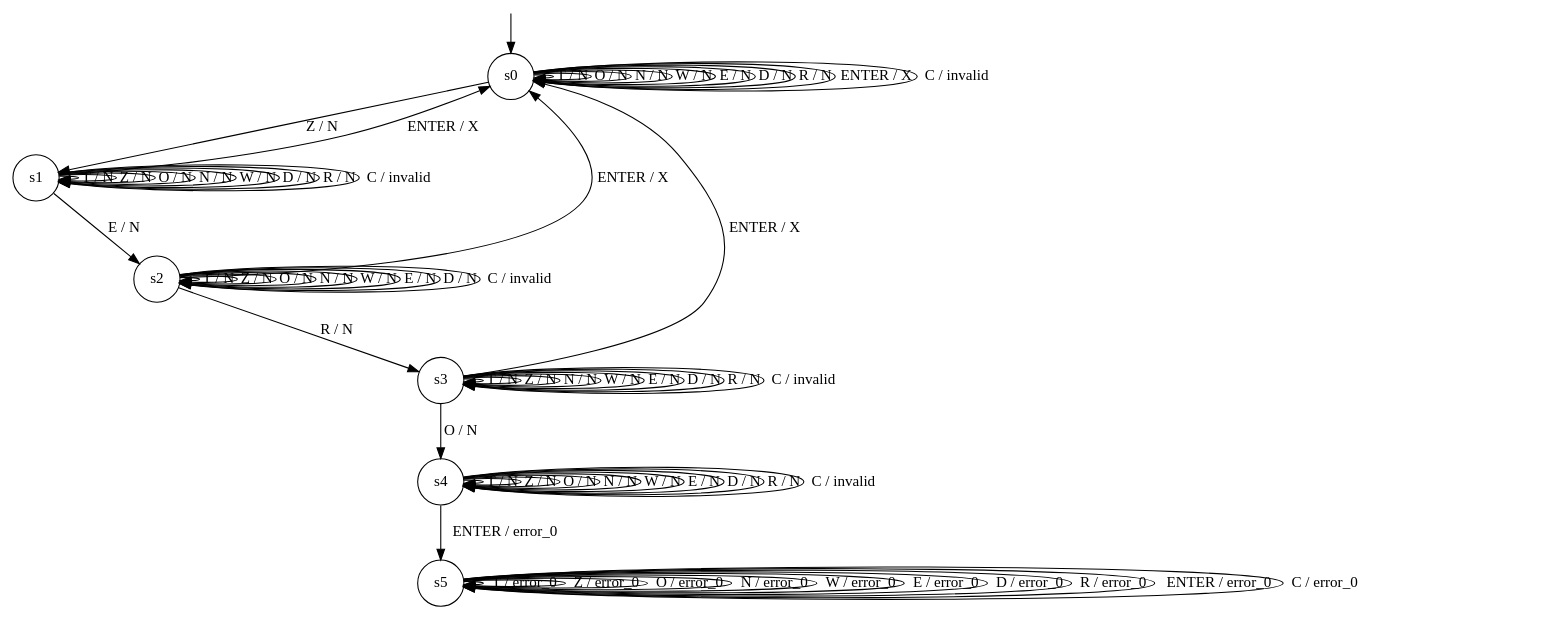
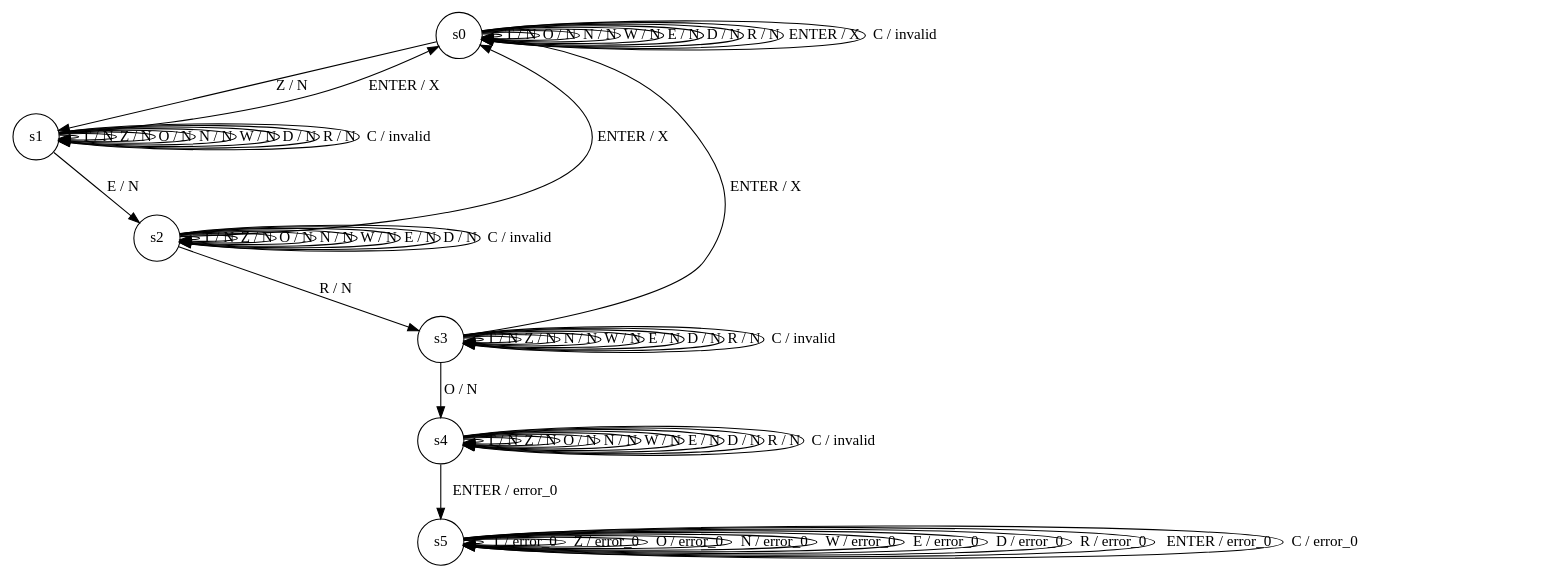
One commit to AJ730/LstarAlgorithm- changed the diagram in learnlib-final_problemPin.dot. Above: the diagram before and after it, drawn with Graphviz. The commit also changed 2 other files, not shown here.

```diff
--- a/learnlib-final_problemPin.dot
+++ b/learnlib-final_problemPin.dot
@@ -1,73 +1,68 @@
 digraph g {
-
-	s0 [shape="circle" label="s0"];
-	s1 [shape="circle" label="s1"];
-	s2 [shape="circle" label="s2"];
-	s3 [shape="circle" label="s3"];
-	s4 [shape="circle" label="s4"];
-	s5 [shape="circle" label="s5"];
-	s0 -> s0 [label="T / N"];
-	s0 -> s1 [label="Z / N"];
-	s0 -> s0 [label="O / N"];
-	s0 -> s0 [label="N / N"];
-	s0 -> s0 [label="W / N"];
-	s0 -> s0 [label="E / N"];
-	s0 -> s0 [label="D / N"];
-	s0 -> s0 [label="R / N"];
-	s0 -> s0 [label="ENTER / X"];
-	s0 -> s0 [label="C / invalid"];
-	s1 -> s1 [label="T / N"];
-	s1 -> s1 [label="Z / N"];
-	s1 -> s1 [label="O / N"];
-	s1 -> s1 [label="N / N"];
-	s1 -> s1 [label="W / N"];
-	s1 -> s2 [label="E / N"];
-	s1 -> s1 [label="D / N"];
-	s1 -> s1 [label="R / N"];
-	s1 -> s0 [label="ENTER / X"];
-	s1 -> s1 [label="C / invalid"];
-	s2 -> s2 [label="T / N"];
-	s2 -> s2 [label="Z / N"];
-	s2 -> s2 [label="O / N"];
-	s2 -> s2 [label="N / N"];
-	s2 -> s2 [label="W / N"];
-	s2 -> s2 [label="E / N"];
-	s2 -> s2 [label="D / N"];
-	s2 -> s3 [label="R / N"];
-	s2 -> s0 [label="ENTER / X"];
-	s2 -> s2 [label="C / invalid"];
-	s3 -> s3 [label="T / N"];
-	s3 -> s3 [label="Z / N"];
-	s3 -> s4 [label="O / N"];
-	s3 -> s3 [label="N / N"];
-	s3 -> s3 [label="W / N"];
-	s3 -> s3 [label="E / N"];
-	s3 -> s3 [label="D / N"];
-	s3 -> s3 [label="R / N"];
-	s3 -> s0 [label="ENTER / X"];
-	s3 -> s3 [label="C / invalid"];
-	s4 -> s4 [label="T / N"];
-	s4 -> s4 [label="Z / N"];
-	s4 -> s4 [label="O / N"];
-	s4 -> s4 [label="N / N"];
-	s4 -> s4 [label="W / N"];
-	s4 -> s4 [label="E / N"];
-	s4 -> s4 [label="D / N"];
-	s4 -> s4 [label="R / N"];
-	s4 -> s5 [label="ENTER / error_0"];
-	s4 -> s4 [label="C / invalid"];
-	s5 -> s5 [label="T / error_0"];
-	s5 -> s5 [label="Z / error_0"];
-	s5 -> s5 [label="O / error_0"];
-	s5 -> s5 [label="N / error_0"];
-	s5 -> s5 [label="W / error_0"];
-	s5 -> s5 [label="E / error_0"];
-	s5 -> s5 [label="D / error_0"];
-	s5 -> s5 [label="R / error_0"];
-	s5 -> s5 [label="ENTER / error_0"];
-	s5 -> s5 [label="C / error_0"];
-
-__start0 [label="" shape="none" width="0" height="0"];
-__start0 -> s0;
-
+	s0 [shape="circle" label="s0"]
+	s1 [shape="circle" label="s1"]
+	s2 [shape="circle" label="s2"]
+	s3 [shape="circle" label="s3"]
+	s4 [shape="circle" label="s4"]
+	s5 [shape="circle" label="s5"]
+	s0 -> s0 [label="T / N"]
+	s0 -> s1 [label="Z / N"]
+	s0 -> s0 [label="O / N"]
+	s0 -> s0 [label="N / N"]
+	s0 -> s0 [label="W / N"]
+	s0 -> s0 [label="E / N"]
+	s0 -> s0 [label="D / N"]
+	s0 -> s0 [label="R / N"]
+	s0 -> s0 [label="ENTER / X"]
+	s0 -> s0 [label="C / invalid"]
+	s1 -> s1 [label="T / N"]
+	s1 -> s1 [label="Z / N"]
+	s1 -> s1 [label="O / N"]
+	s1 -> s1 [label="N / N"]
+	s1 -> s1 [label="W / N"]
+	s1 -> s2 [label="E / N"]
+	s1 -> s1 [label="D / N"]
+	s1 -> s1 [label="R / N"]
+	s1 -> s0 [label="ENTER / X"]
+	s1 -> s1 [label="C / invalid"]
+	s2 -> s2 [label="T / N"]
+	s2 -> s2 [label="Z / N"]
+	s2 -> s2 [label="O / N"]
+	s2 -> s2 [label="N / N"]
+	s2 -> s2 [label="W / N"]
+	s2 -> s2 [label="E / N"]
+	s2 -> s2 [label="D / N"]
+	s2 -> s3 [label="R / N"]
+	s2 -> s0 [label="ENTER / X"]
+	s2 -> s2 [label="C / invalid"]
+	s3 -> s3 [label="T / N"]
+	s3 -> s3 [label="Z / N"]
+	s3 -> s4 [label="O / N"]
+	s3 -> s3 [label="N / N"]
+	s3 -> s3 [label="W / N"]
+	s3 -> s3 [label="E / N"]
+	s3 -> s3 [label="D / N"]
+	s3 -> s3 [label="R / N"]
+	s3 -> s0 [label="ENTER / X"]
+	s3 -> s3 [label="C / invalid"]
+	s4 -> s4 [label="T / N"]
+	s4 -> s4 [label="Z / N"]
+	s4 -> s4 [label="O / N"]
+	s4 -> s4 [label="N / N"]
+	s4 -> s4 [label="W / N"]
+	s4 -> s4 [label="E / N"]
+	s4 -> s4 [label="D / N"]
+	s4 -> s4 [label="R / N"]
+	s4 -> s5 [label="ENTER / error_0"]
+	s4 -> s4 [label="C / invalid"]
+	s5 -> s5 [label="T / error_0"]
+	s5 -> s5 [label="Z / error_0"]
+	s5 -> s5 [label="O / error_0"]
+	s5 -> s5 [label="N / error_0"]
+	s5 -> s5 [label="W / error_0"]
+	s5 -> s5 [label="E / error_0"]
+	s5 -> s5 [label="D / error_0"]
+	s5 -> s5 [label="R / error_0"]
+	s5 -> s5 [label="ENTER / error_0"]
+	s5 -> s5 [label="C / error_0"]
 }
```
